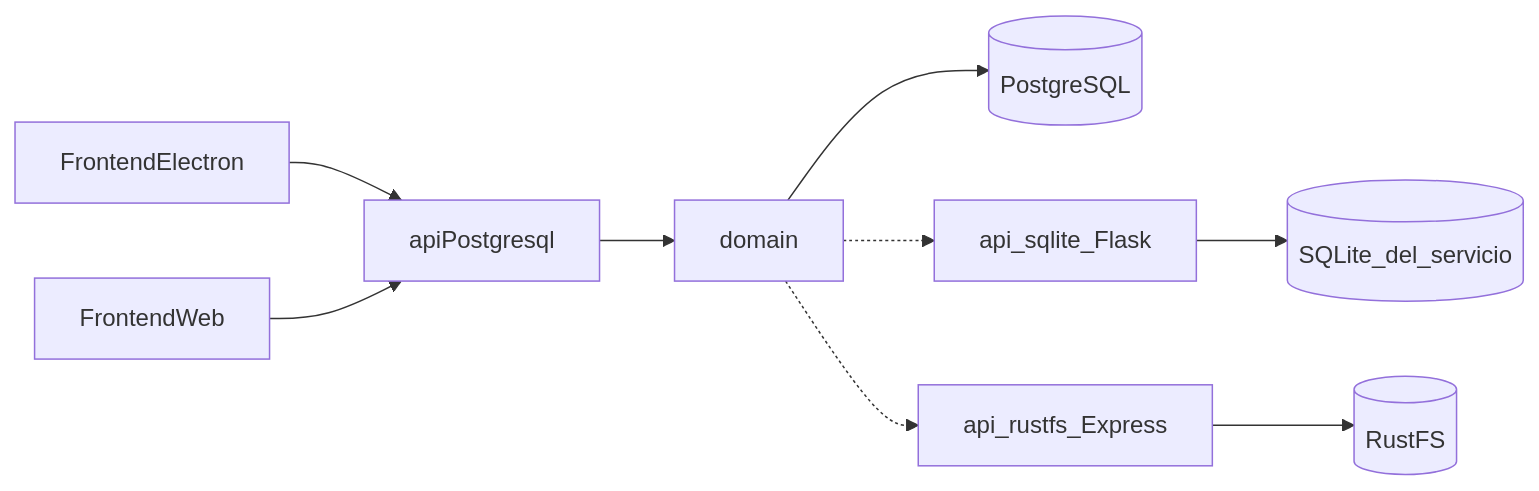
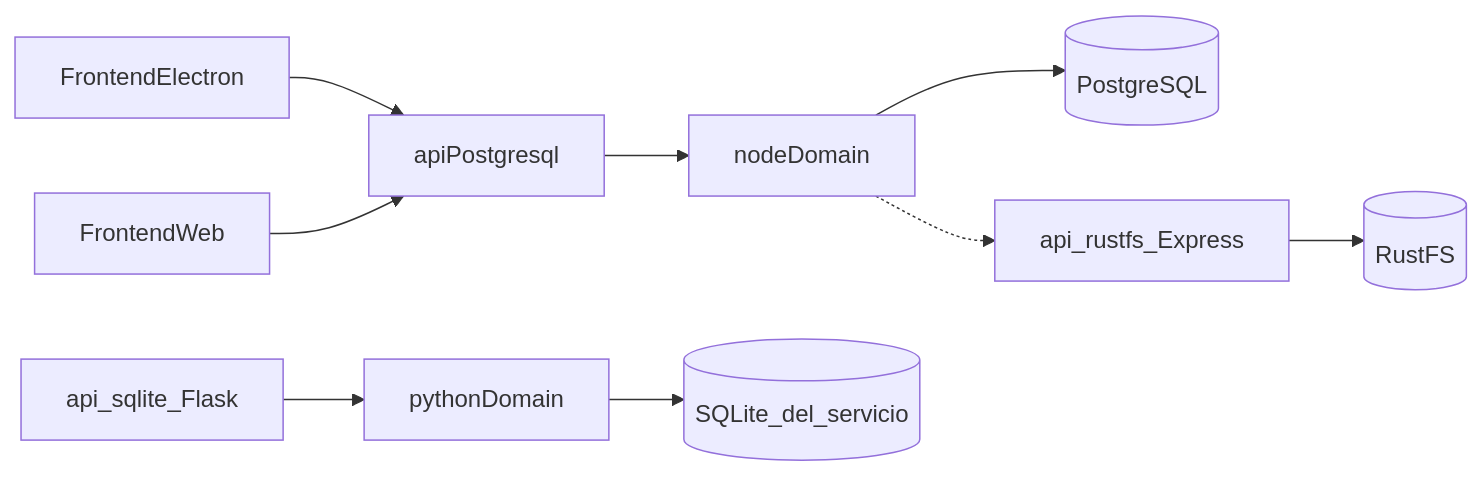
The first of 2 diagrams in docs/ARCHITECTURE.md (venturars/aTempo), drawn with Mermaid before and after one commit. The commit also changed other lines of this file and 112 other files, not shown here.

First line of the commit message:
feat(domain): split node and python SDKs

````diff
--- a/docs/ARCHITECTURE.md
+++ b/docs/ARCHITECTURE.md
@@ -15,20 +15,21 @@
 ```mermaid
 flowchart LR
   electron[FrontendElectron]
   web[FrontendWeb]
   apiPg[apiPostgresql]
-  domainLib[domain]
+  nodeDomain[nodeDomain]
+  pythonDomain[pythonDomain]
   postgres[(PostgreSQL)]
   sqliteApi[api_sqlite_Flask]
   serviceSqlite[(SQLite_del_servicio)]
   objectApi[api_rustfs_Express]
   rustfs[(RustFS)]
   electron --> apiPg
   web --> apiPg
-  apiPg --> domainLib
-  domainLib --> postgres
-  domainLib -.-> sqliteApi
-  sqliteApi --> serviceSqlite
-  domainLib -.-> objectApi
+  apiPg --> nodeDomain
+  nodeDomain --> postgres
+  sqliteApi --> pythonDomain
+  pythonDomain --> serviceSqlite
+  nodeDomain -.-> objectApi
   objectApi --> rustfs
 ```
````
